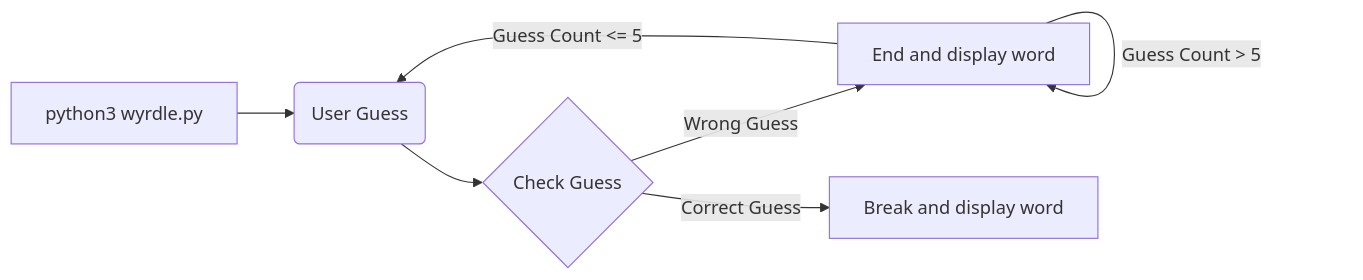
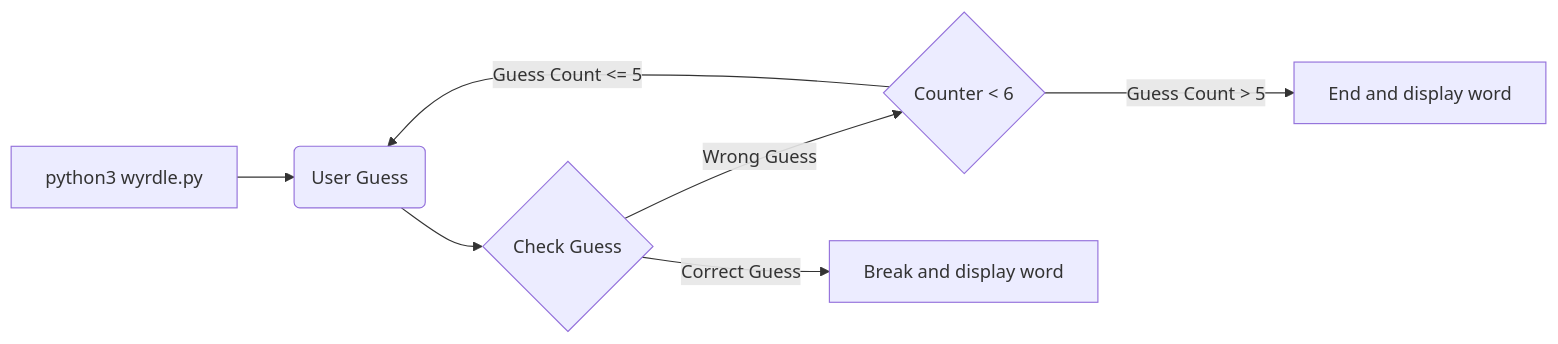
The diagram in real_python/wordle_clone/flow.md (huntmckay/playground), drawn with Mermaid before and after one commit.

Commit message:
fixed guess count logic

````diff
--- a/real_python/wordle_clone/flow.md
+++ b/real_python/wordle_clone/flow.md
@@ -3,12 +3,12 @@
 ```mermaid
 ---
 Title: wydle.py
 ---
 flowchart LR
     A[python3 wyrdle.py] --> B(User Guess)
     B --> C{Check Guess}
     C --> |Wrong Guess| F{Counter < 6} 
+    C --> |Correct Guess| D[Break and display word]
     F --> |Guess Count <= 5| B
-    F --> |Guess Count > 5| F[End and display word]
-    C --> |Correct Guess| D[Break and display word]
+    F --> |Guess Count > 5| G[End and display word]
 ```
````
